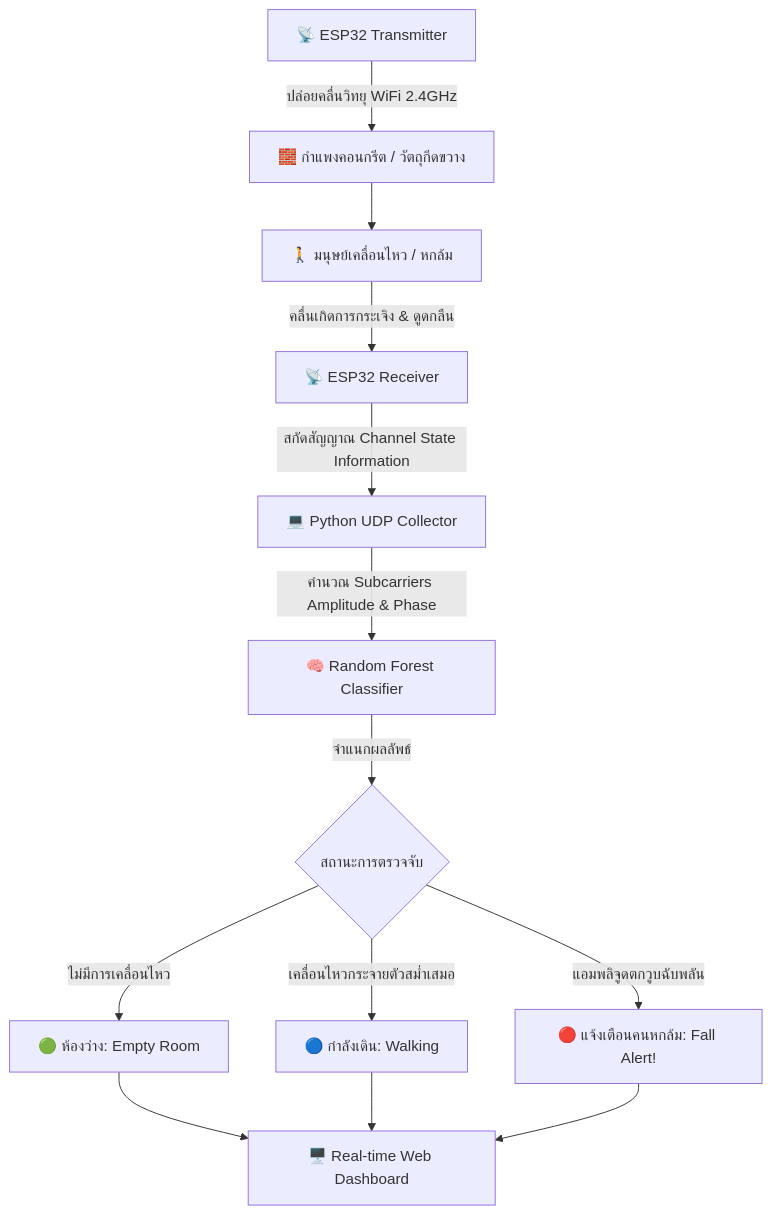
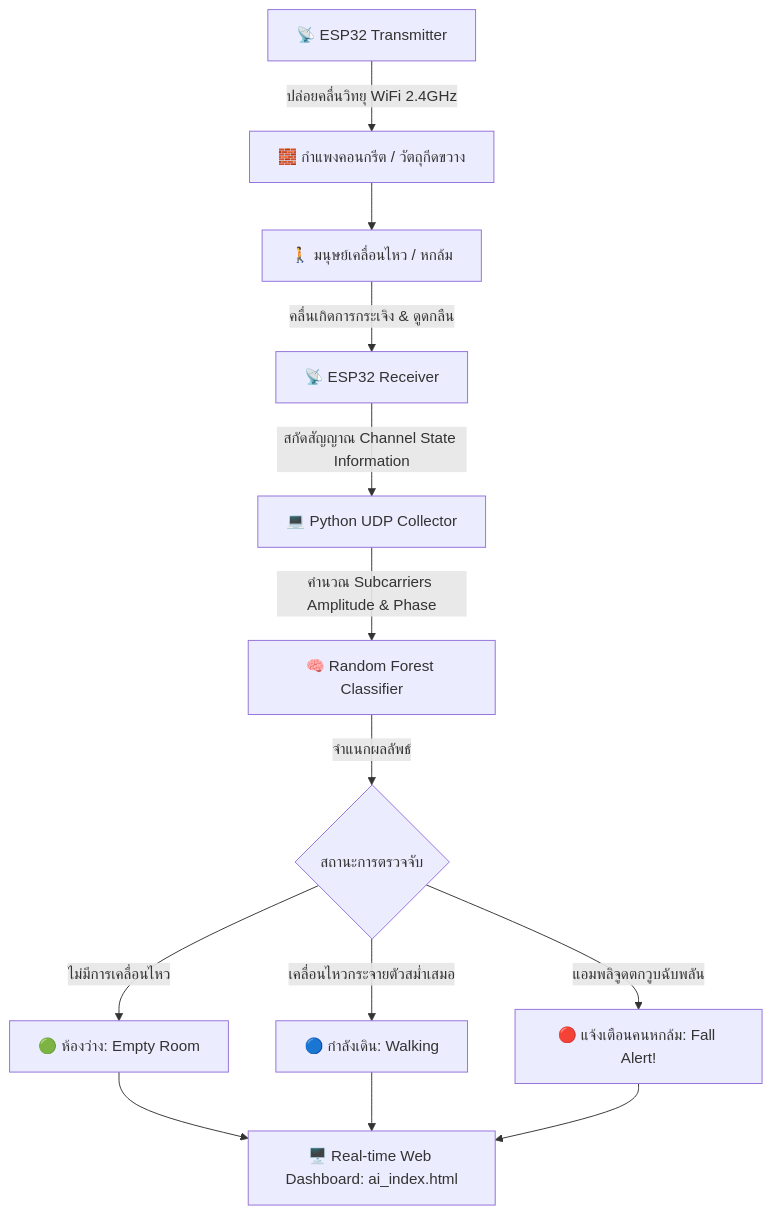
The first of 9 diagrams in README.md (FANG9356/MyProject), drawn with Mermaid before and after one commit. The commit also changed other lines of this file and 12 other files, not shown here.

First line of the commit message:
docs: add actual real live web UI screenshots for all web projects

````diff
--- a/README.md
+++ b/README.md
@@ -55,13 +58,13 @@
 ```mermaid
 flowchart TD
     A[📡 ESP32 Transmitter] -->|ปล่อยคลื่นวิทยุ WiFi 2.4GHz| B[🧱 กำแพงคอนกรีต / วัตถุกีดขวาง]
     B --> C[🚶 มนุษย์เคลื่อนไหว / หกล้ม]
     C -->|คลื่นเกิดการกระเจิง & ดูดกลืน| D[📡 ESP32 Receiver]
     D -->|สกัดสัญญาณ Channel State Information| E[💻 Python UDP Collector]
     E -->|คำนวณ Subcarriers Amplitude & Phase| F[🧠 Random Forest Classifier]
     F -->|จำแนกผลลัพธ์| G{สถานะการตรวจจับ}
     G -->|ไม่มีการเคลื่อนไหว| H[🟢 ห้องว่าง: Empty Room]
     G -->|เคลื่อนไหวกระจายตัวสม่ำเสมอ| I[🔵 กำลังเดิน: Walking]
     G -->|แอมพลิจูดตกวูบฉับพลัน| J[🔴 แจ้งเตือนคนหกล้ม: Fall Alert!]
-    H & I & J --> K[🖥️ Real-time Web Dashboard]
+    H & I & J --> K[🖥️ Real-time Web Dashboard: ai_index.html]
 ```
````
